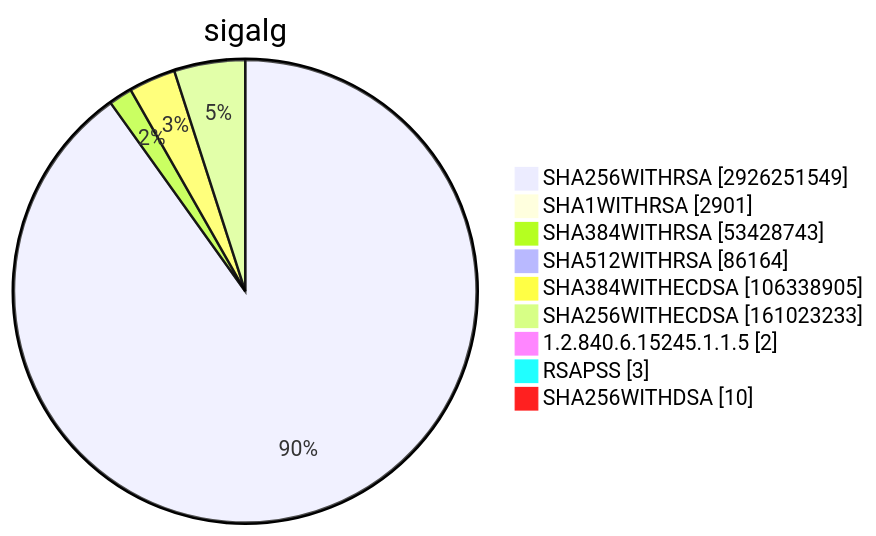
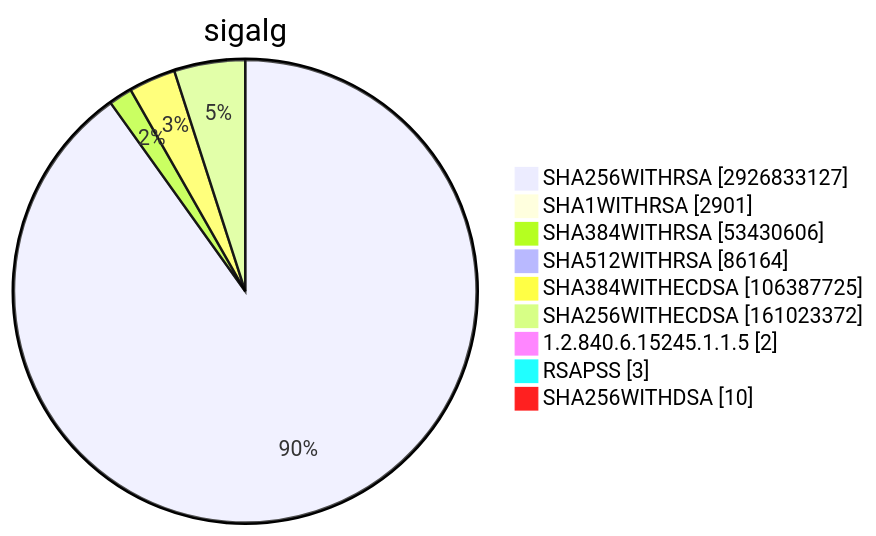
One commit to christiankrug/ctmonitor_visualization changed diagram 15 of 15 in TOTAL/README.md. Above: the diagram before and after it, drawn with Mermaid. The commit also changed other lines of this file, not shown here.

````diff
--- a/TOTAL/README.md
+++ b/TOTAL/README.md
@@ -6207,13 +6207,13 @@
 ```mermaid
 pie showData
 title sigalg
-"SHA256WITHRSA" :2926251549
+"SHA256WITHRSA" :2926833127
 "SHA1WITHRSA" :2901
-"SHA384WITHRSA" :53428743
+"SHA384WITHRSA" :53430606
 "SHA512WITHRSA" :86164
-"SHA384WITHECDSA" :106338905
-"SHA256WITHECDSA" :161023233
+"SHA384WITHECDSA" :106387725
+"SHA256WITHECDSA" :161023372
 "1.2.840.6.15245.1.1.5" :2
 "RSAPSS" :3
 "SHA256WITHDSA" :10
 ```
````
